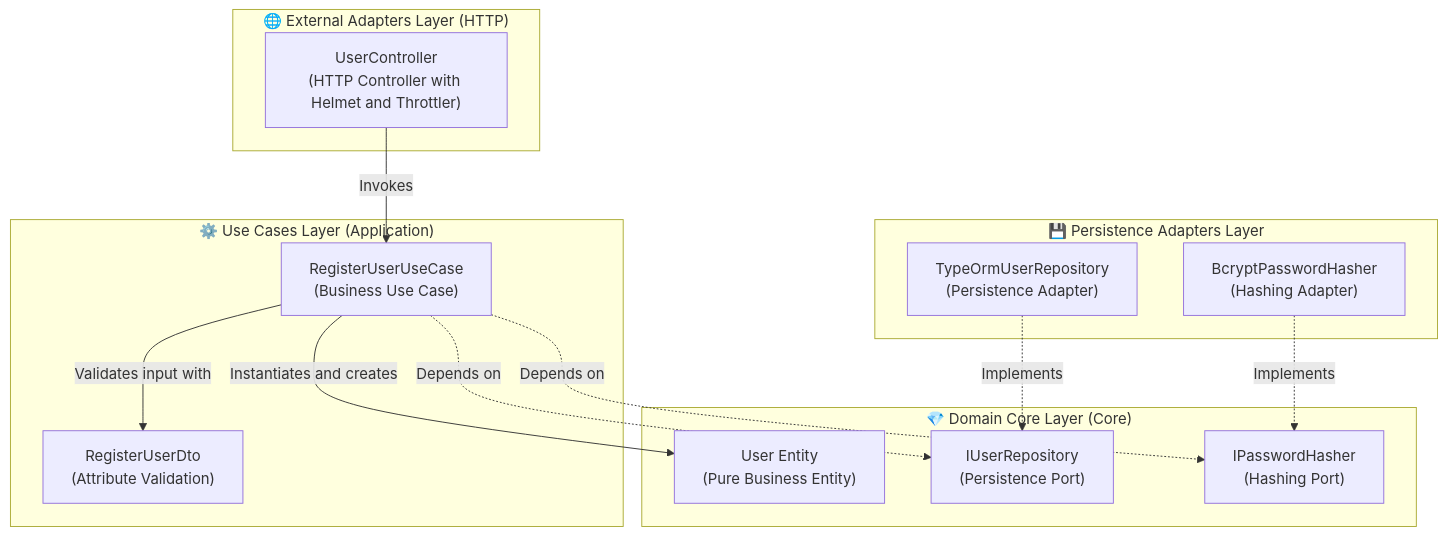
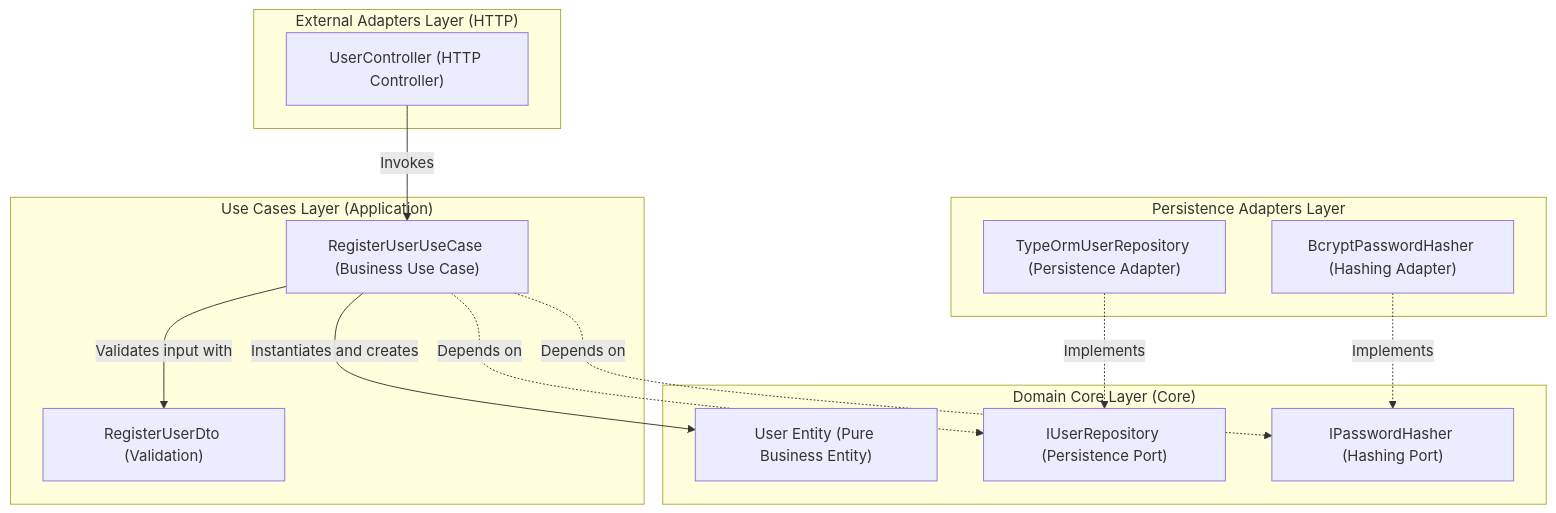
Before and after one commit to beyondnetcode/arc32_progresive_monolith: the third of 3 diagrams in ums-workspace/docs/02-architecture/architecture-spec.md, drawn with Mermaid. The commit also changed other lines of this file and 4 other files, not shown here.

Commit message:
docs(bmad): validate and update all Mermaid blocks to emoji-free specs & integrate ADR-0021

````diff
--- a/ums-workspace/docs/02-architecture/architecture-spec.md
+++ b/ums-workspace/docs/02-architecture/architecture-spec.md
@@ -87,31 +87,31 @@
 ```mermaid
 graph TD
-    subgraph HTTP["🌐 External Adapters Layer (HTTP)"]
-        Controller["UserController<br/>(HTTP Controller with Helmet and Throttler)"]
+    subgraph HTTP["External Adapters Layer (HTTP)"]
+        Controller["UserController (HTTP Controller)"]
     end
 
-    subgraph Application["⚙️ Use Cases Layer (Application)"]
-        UseCase["RegisterUserUseCase<br/>(Business Use Case)"]
-        DTO["RegisterUserDto<br/>(Attribute Validation)"]
+    subgraph Application["Use Cases Layer (Application)"]
+        UseCase["RegisterUserUseCase (Business Use Case)"]
+        DTO["RegisterUserDto (Validation)"]
     end
 
-    subgraph Core["💎 Domain Core Layer (Core)"]
-        UserEntity["User Entity<br/>(Pure Business Entity)"]
-        IUserRepo["IUserRepository<br/>(Persistence Port)"]
-        IPassHasher["IPasswordHasher<br/>(Hashing Port)"]
+    subgraph Core["Domain Core Layer (Core)"]
+        UserEntity["User Entity (Pure Business Entity)"]
+        IUserRepo["IUserRepository (Persistence Port)"]
+        IPassHasher["IPasswordHasher (Hashing Port)"]
     end
 
-    subgraph Infrastructure["💾 Persistence Adapters Layer"]
-        TypeOrmRepo["TypeOrmUserRepository<br/>(Persistence Adapter)"]
-        BcryptHasher["BcryptPasswordHasher<br/>(Hashing Adapter)"]
+    subgraph Infrastructure["Persistence Adapters Layer"]
+        TypeOrmRepo["TypeOrmUserRepository (Persistence Adapter)"]
+        BcryptHasher["BcryptPasswordHasher (Hashing Adapter)"]
     end
 
     Controller -->|Invokes| UseCase
     UseCase -->|Validates input with| DTO
     UseCase -->|Instantiates and creates| UserEntity
     UseCase -.->|Depends on| IUserRepo
     UseCase -.->|Depends on| IPassHasher
 
     TypeOrmRepo -.->|Implements| IUserRepo
     BcryptHasher -.->|Implements| IPassHasher
 ```
````
